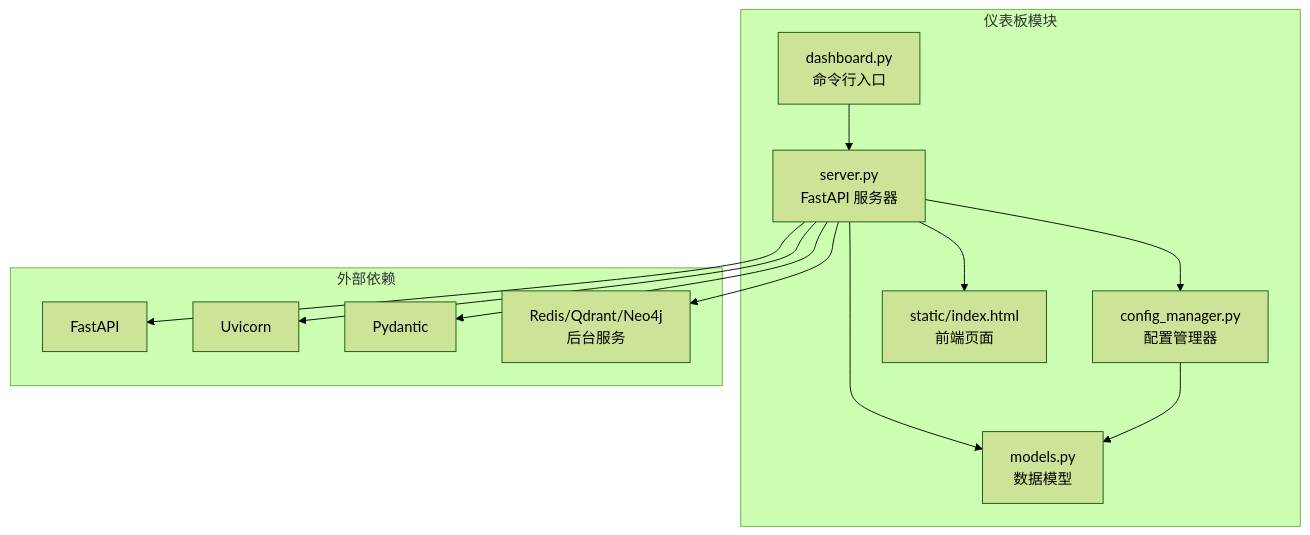
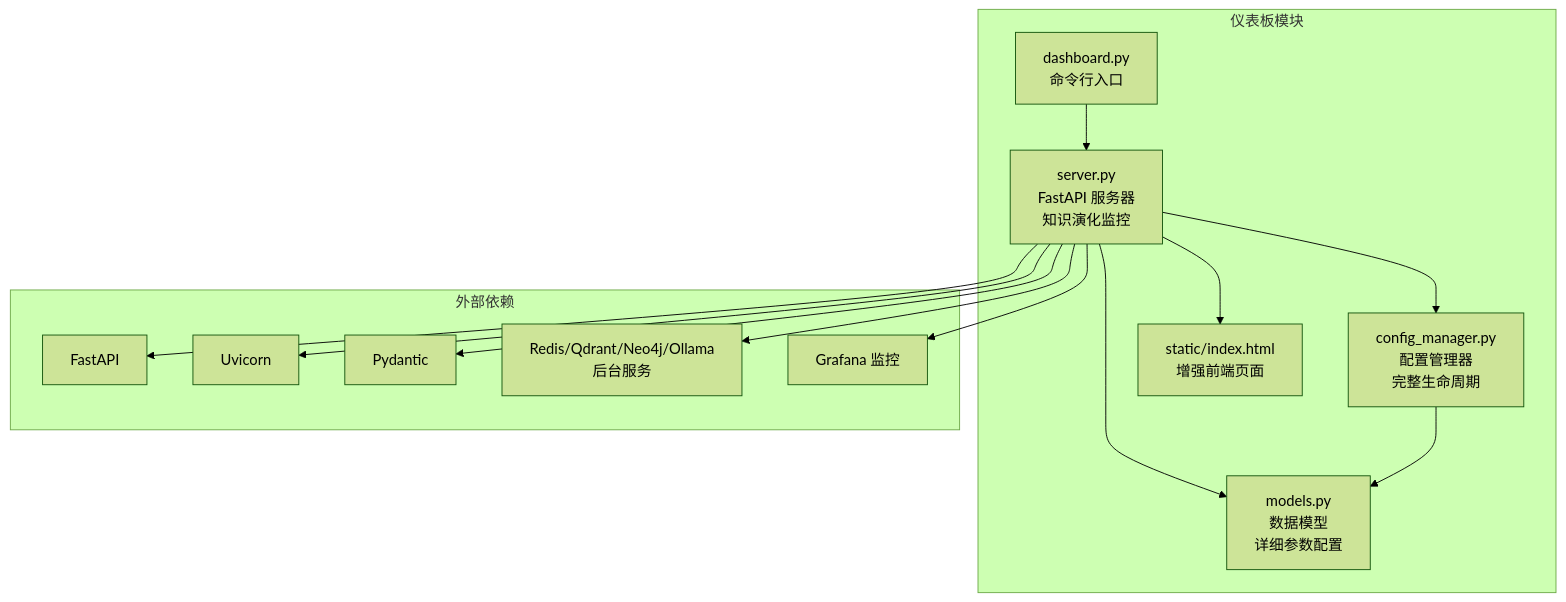
The first of 7 diagrams in .qoder/repowiki/zh/content/仪表板系统/仪表板系统.md (JieGaoPrinceton/NecoRAG), drawn with Mermaid (forest theme) before and after one commit. The commit also changed other lines of this file and 12 other files, not shown here.

````diff
--- a/.qoder/repowiki/zh/content/仪表板系统/仪表板系统.md
+++ b/.qoder/repowiki/zh/content/仪表板系统/仪表板系统.md
@@ -46,25 +53,27 @@
 ```mermaid
 graph TB
 subgraph "仪表板模块"
 A["dashboard.py<br/>命令行入口"]
-B["server.py<br/>FastAPI 服务器"]
-C["config_manager.py<br/>配置管理器"]
-D["models.py<br/>数据模型"]
-E["static/index.html<br/>前端页面"]
+B["server.py<br/>FastAPI 服务器<br/>知识演化监控"]
+C["config_manager.py<br/>配置管理器<br/>完整生命周期"]
+D["models.py<br/>数据模型<br/>详细参数配置"]
+E["static/index.html<br/>增强前端页面"]
 end
 subgraph "外部依赖"
 F["FastAPI"]
 G["Uvicorn"]
 H["Pydantic"]
-I["Redis/Qdrant/Neo4j<br/>后台服务"]
+I["Redis/Qdrant/Neo4j/Ollama<br/>后台服务"]
+J["Grafana 监控"]
 end
 A --> B
 B --> C
 B --> D
 B --> E
 C --> D
 B --> F
 B --> G
 B --> H
 B --> I
+B --> J
 ```
````
